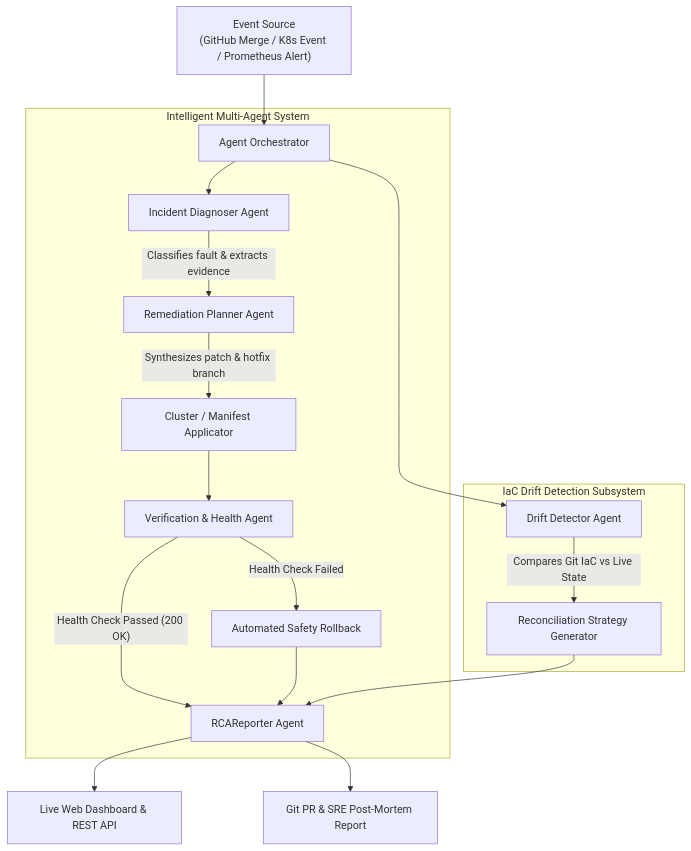
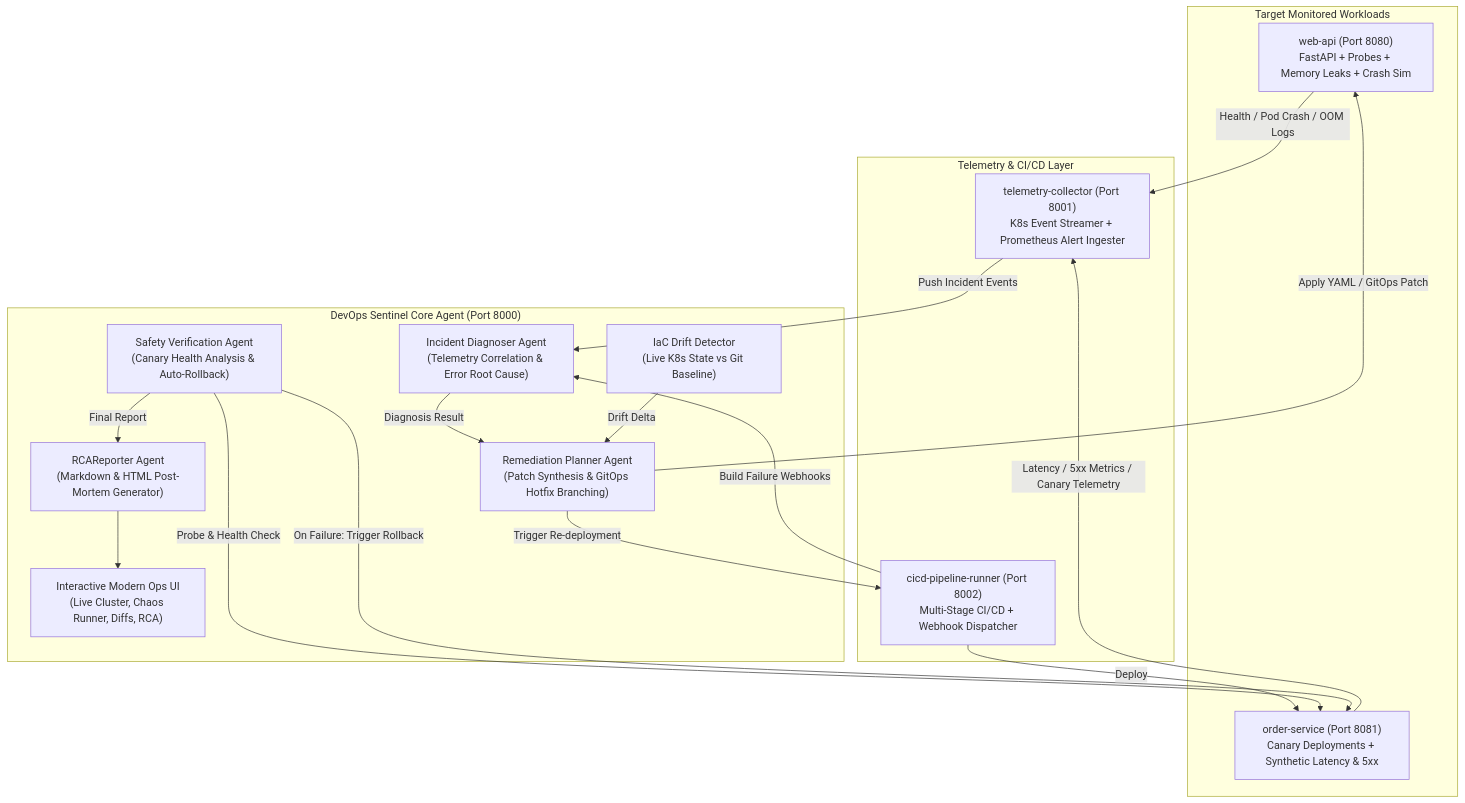
Before and after one commit to kaushalpatil205/devops-sentinel-agent: the diagram in README.md, drawn with Mermaid. The commit also changed other lines of this file and 47 other files, not shown here.

Commit message:
feat: complete multi-microservice fleet architecture with 5 microservices, telemetry collector, canary workloads, CI/CD runner and supervisor

````diff
--- a/README.md
+++ b/README.md
@@ -30,23 +33,36 @@
 ```mermaid
-flowchart TD
-    A["Event Source\n(GitHub Merge / K8s Event / Prometheus Alert)"] --> B["Agent Orchestrator"]
-    
-    subgraph "Intelligent Multi-Agent System"
-        B --> C["Incident Diagnoser Agent"]
-        C -->|"Classifies fault & extracts evidence"| D["Remediation Planner Agent"]
-        D -->|"Synthesizes patch & hotfix branch"| E["Cluster / Manifest Applicator"]
-        E --> F["Verification & Health Agent"]
-        F -->|"Health Check Passed (200 OK)"| G["RCAReporter Agent"]
-        F -->|"Health Check Failed"| H["Automated Safety Rollback"]
-        H --> G
+flowchart TB
+    subgraph Target_Workload_Microservices["Target Monitored Workloads"]
+        WebApi["web-api (Port 8080)\nFastAPI + Probes + Memory Leaks + Crash Sim"]
+        OrderApi["order-service (Port 8081)\nCanary Deployments + Synthetic Latency & 5xx"]
     end
 
-    subgraph "IaC Drift Detection Subsystem"
-        B --> I["Drift Detector Agent"]
-        I -->|"Compares Git IaC vs Live State"| J["Reconciliation Strategy Generator"]
-        J --> G
+    subgraph Observability_And_CI["Telemetry & CI/CD Layer"]
+        Collector["telemetry-collector (Port 8001)\nK8s Event Streamer + Prometheus Alert Ingester"]
+        CiCdEngine["cicd-pipeline-runner (Port 8002)\nMulti-Stage CI/CD + Webhook Dispatcher"]
     end
 
-    G --> K["Live Web Dashboard & REST API"]
-    G --> L["Git PR & SRE Post-Mortem Report"]
+    subgraph Agent_Orchestrator_Core["DevOps Sentinel Core Agent (Port 8000)"]
+        Diagnoser["Incident Diagnoser Agent\n(Telemetry Correlation & Error Root Cause)"]
+        DriftEngine["IaC Drift Detector\n(Live K8s State vs Git Baseline)"]
+        Remediator["Remediation Planner Agent\n(Patch Synthesis & GitOps Hotfix Branching)"]
+        Verifier["Safety Verification Agent\n(Canary Health Analysis & Auto-Rollback)"]
+        RcaEngine["RCAReporter Agent\n(Markdown & HTML Post-Mortem Generator)"]
+        WebDashboard["Interactive Modern Ops UI\n(Live Cluster, Chaos Runner, Diffs, RCA)"]
+    end
+
+    WebApi -->|"Health / Pod Crash / OOM Logs"| Collector
+    OrderApi -->|"Latency / 5xx Metrics / Canary Telemetry"| Collector
+    Collector -->|"Push Incident Events"| Diagnoser
+    CiCdEngine -->|"Build Failure Webhooks"| Diagnoser
+
+    Diagnoser -->|"Diagnosis Result"| Remediator
+    DriftEngine -->|"Drift Delta"| Remediator
+    Remediator -->|"Apply YAML / GitOps Patch"| WebApi
+    Remediator -->|"Trigger Re-deployment"| CiCdEngine
+    CiCdEngine -->|"Deploy"| OrderApi
+    Verifier -->|"Probe & Health Check"| OrderApi
+    Verifier -->|"On Failure: Trigger Rollback"| OrderApi
+    Verifier -->|"Final Report"| RcaEngine
+    RcaEngine --> WebDashboard
 ```
````
